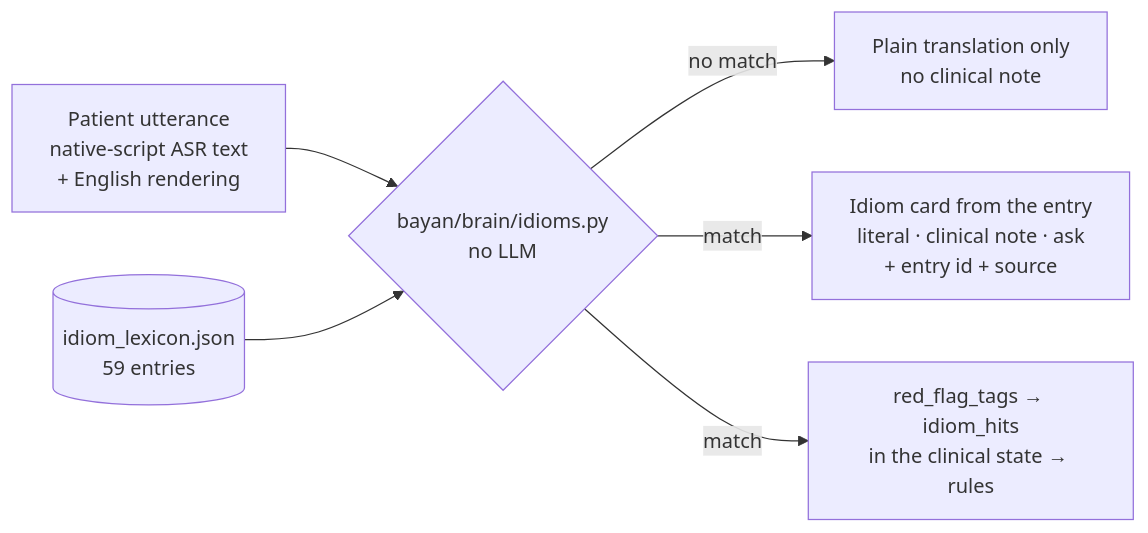
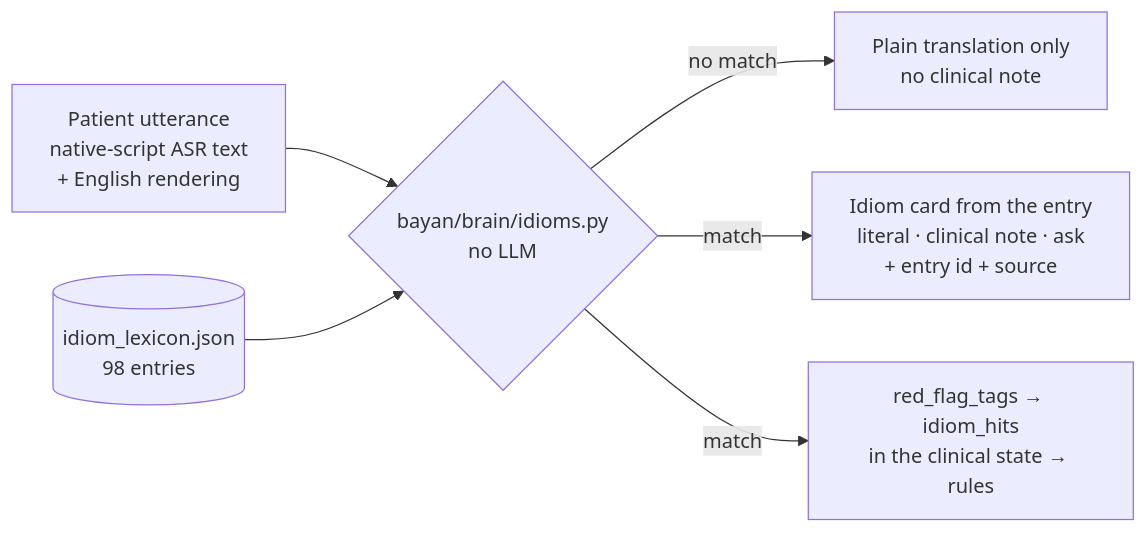
One commit to diyorbekibragimov/BayanAI changed the first of 2 diagrams in docs/05-clinical-safety-and-cultural-intelligence.md. Above: the diagram before and after it, drawn with Mermaid. The commit also changed other lines of this file and 51 other files, not shown here.

First line of the commit message:
feat: reasoning copilot, 98-idiom lexicon, AI-system pitch deck

````diff
--- a/docs/05-clinical-safety-and-cultural-intelligence.md
+++ b/docs/05-clinical-safety-and-cultural-intelligence.md
@@ -91,8 +93,8 @@
 ```mermaid
 flowchart LR
   A[Patient utterance<br/>native-script ASR text<br/>+ English rendering] --> M{bayan/brain/idioms.py<br/>no LLM}
-  L[(idiom_lexicon.json<br/>59 entries)] --> M
+  L[(idiom_lexicon.json<br/>98 entries)] --> M
   M -- no match --> D[Plain translation only<br/>no clinical note]
   M -- match --> F["Idiom card from the entry<br/>literal · clinical note · ask<br/>+ entry id + source"]
   M -- match --> G[red_flag_tags → idiom_hits<br/>in the clinical state → rules]
 ```
````
